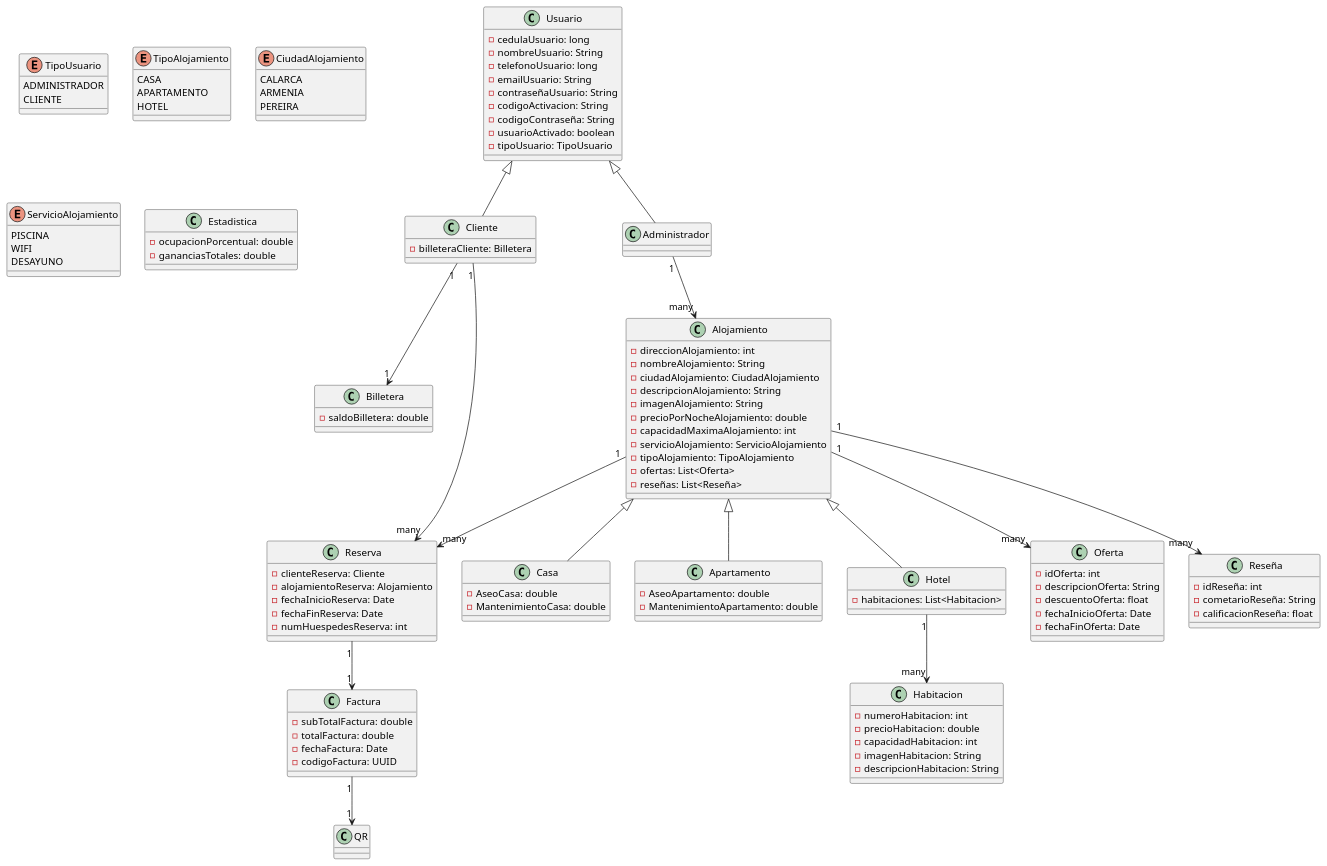
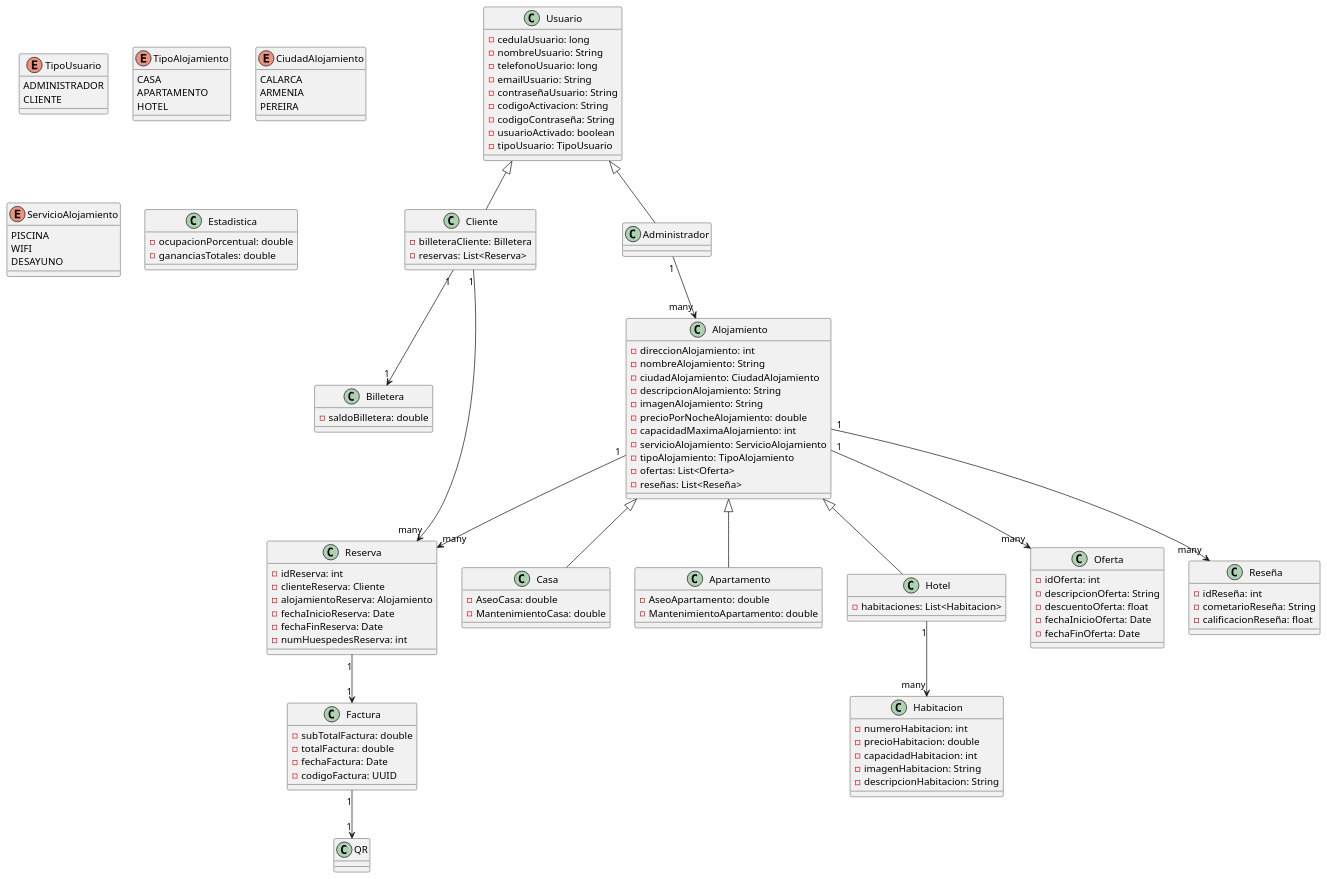
One commit to RedRos41/Programacion_2 changed the diagram in src/main/resources/img/DiagramaDeClases.puml. Above: the diagram before and after it, drawn with PlantUML. The commit also changed 4 other files, not shown here.

```diff
--- a/src/main/resources/img/DiagramaDeClases.puml
+++ b/src/main/resources/img/DiagramaDeClases.puml
@@ -1,133 +1,135 @@
 @startuml
 'https://plantuml.com/sequence-diagram
 
 class Usuario {
     - cedulaUsuario: long
     - nombreUsuario: String
     - telefonoUsuario: long
     - emailUsuario: String
     - contraseñaUsuario: String
     - codigoActivacion: String
     - codigoContraseña: String
     - usuarioActivado: boolean
     - tipoUsuario: TipoUsuario
 }
 
 enum TipoUsuario {
     ADMINISTRADOR
     CLIENTE
 }
 
 class Cliente extends Usuario {
     - billeteraCliente: Billetera
+    - reservas: List<Reserva>
 }
 
 class Administrador extends Usuario {
 }
 
 class Alojamiento {
     - direccionAlojamiento: int
     - nombreAlojamiento: String
     - ciudadAlojamiento: CiudadAlojamiento
     - descripcionAlojamiento: String
     - imagenAlojamiento: String
     - precioPorNocheAlojamiento: double
     - capacidadMaximaAlojamiento: int
     - servicioAlojamiento: ServicioAlojamiento
     - tipoAlojamiento: TipoAlojamiento
     - ofertas: List<Oferta>
     - reseñas: List<Reseña>
 }
 
 enum TipoAlojamiento {
     CASA
     APARTAMENTO
     HOTEL
 }
 
 enum CiudadAlojamiento {
     CALARCA
     ARMENIA
     PEREIRA
 }
 
 enum ServicioAlojamiento {
     PISCINA
     WIFI
     DESAYUNO
 }
 
 class Casa extends Alojamiento {
     - AseoCasa: double
     - MantenimientoCasa: double
 }
 
 class Apartamento extends Alojamiento {
     - AseoApartamento: double
     - MantenimientoApartamento: double
 }
 
 class Hotel extends Alojamiento {
     - habitaciones: List<Habitacion>
 }
 
 class Habitacion {
     - numeroHabitacion: int
     - precioHabitacion: double
     - capacidadHabitacion: int
     - imagenHabitacion: String
     - descripcionHabitacion: String
 }
 
 class Billetera {
     - saldoBilletera: double
 }
 
 class Reserva {
+    - idReserva: int
     - clienteReserva: Cliente
     - alojamientoReserva: Alojamiento
     - fechaInicioReserva: Date
     - fechaFinReserva: Date
     - numHuespedesReserva: int
 }
 
 class Factura {
     - subTotalFactura: double
     - totalFactura: double
     - fechaFactura: Date
     - codigoFactura: UUID
 }
 
 class Oferta {
     - idOferta: int
     - descripcionOferta: String
     - descuentoOferta: float
     - fechaInicioOferta: Date
     - fechaFinOferta: Date
 }
 
 class Estadistica {
     - ocupacionPorcentual: double
     - gananciasTotales: double
 }
 
 class Reseña {
     - idReseña: int
     - cometarioReseña: String
     - calificacionReseña: float
 }
 
 class QR {
 }
 
 Cliente "1" --> "1" Billetera
 Administrador "1" --> "many" Alojamiento
 Cliente "1" --> "many" Reserva
 Alojamiento "1" --> "many" Oferta
 Alojamiento "1" --> "many" Reseña
 Alojamiento "1" --> "many" Reserva
 Reserva "1" --> "1" Factura
 Factura "1" --> "1" QR
 Hotel "1" --> "many" Habitacion
 
 @enduml
```
